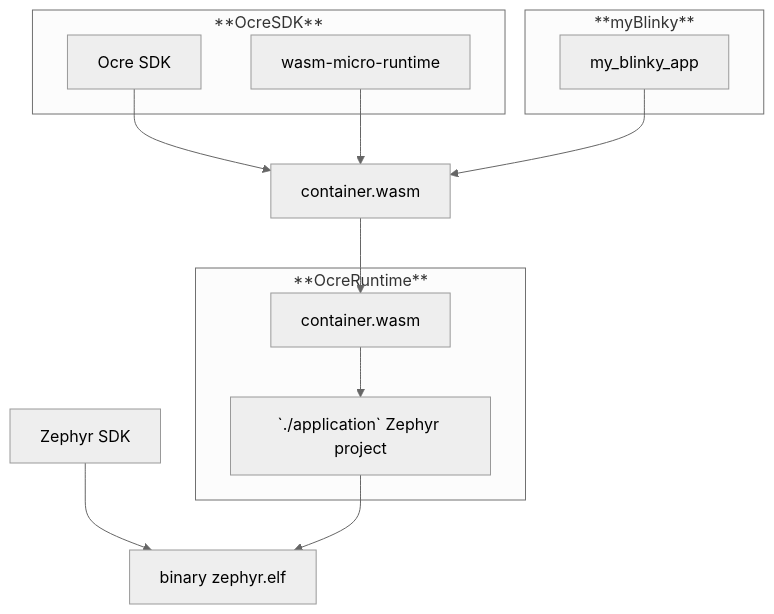
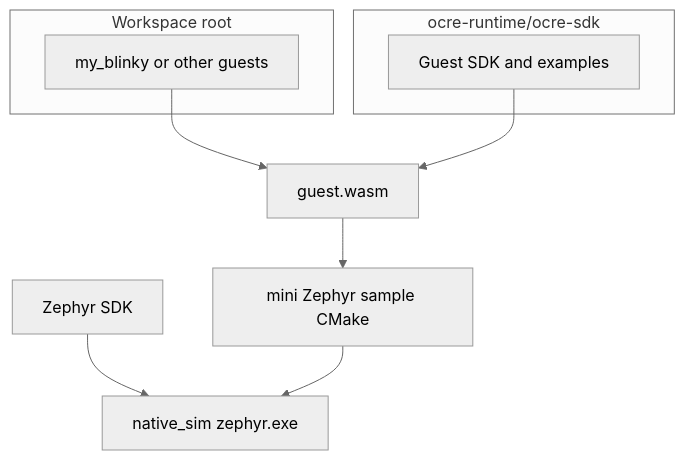
One commit to fgr-17/ocre-workspace changed the second of 2 diagrams in README.md. Above: the diagram before and after it, drawn with Mermaid (neutral theme). The commit also changed other lines of this file and 6 other files, not shown here.

First line of the commit message:
chore(workspace): single ocre-runtime submodule and split Docker services

````diff
--- a/README.md
+++ b/README.md
@@ -283,31 +201,20 @@
-~~~mermaid
+```mermaid
 flowchart TD
-    zephyr[Zephyr SDK]
-    binary[binary zephyr.elf]
-    container[container.wasm]
+  zephyr[Zephyr SDK]
+  binary[native_sim zephyr.exe]
+  wasm[guest.wasm]
 
-    subgraph "**OcreSDK**"
-        sdk[Ocre SDK]
-        wasm_runtime[wasm-micro-runtime]
-    end
+  subgraph nested [ocre-runtime/ocre-sdk]
+    sdk[Guest SDK and examples]
+  end
 
-    subgraph "**OcreRuntime**"
-        app[`./application` Zephyr project]
-        container_moved[container.wasm]
-    end
+  subgraph root [Workspace root]
+    my[my_blinky or other guests]
+  end
 
-    subgraph "**myBlinky**"
-        my_blinky_app[my_blinky_app]
-    end
-
-    sdk --> container
-    wasm_runtime --> container
-    my_blinky_app --> container
-
-
-    container --> container_moved
-    
-    zephyr --> binary
-    container_moved --> app
-    app --> binary
-~~~
+  my --> wasm
+  sdk --> wasm
+  wasm --> mini[mini Zephyr sample CMake]
+  zephyr --> binary
+  mini --> binary
+```
````
